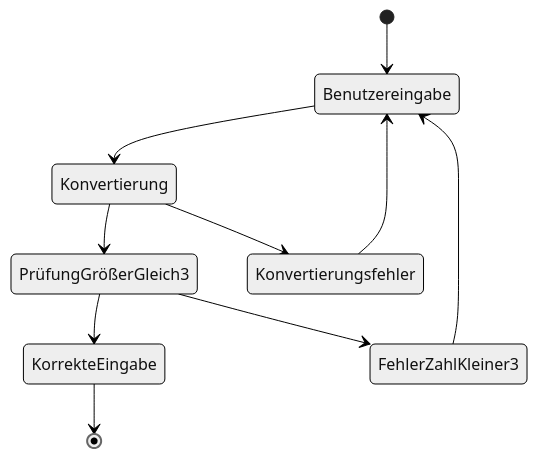
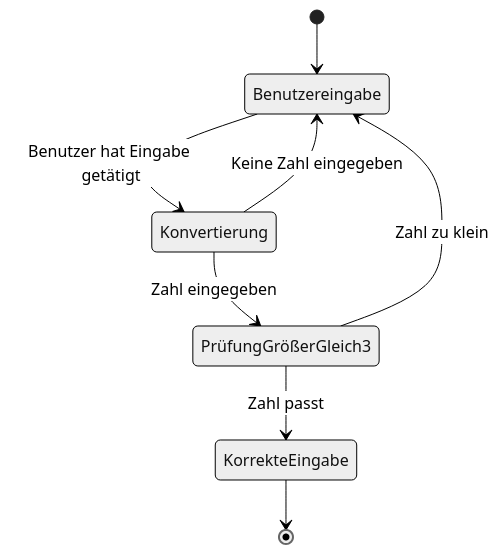
The diagram in VO-Teil-1/GrundkonzepteProgrammierung/Polygonix/README.md (clander/voprogrammieren), drawn with Mermaid (neutral theme) before and after one commit. The commit also changed other lines of this file and 4 other files, not shown here.

````diff
--- a/VO-Teil-1/GrundkonzepteProgrammierung/Polygonix/README.md
+++ b/VO-Teil-1/GrundkonzepteProgrammierung/Polygonix/README.md
@@ -488,12 +528,10 @@
 ```mermaid
 stateDiagram-v2
     [*] --> Benutzereingabe
-    Benutzereingabe --> Konvertierung
-    Konvertierung --> PrüfungGrößerGleich3
-    Konvertierung --> Konvertierungsfehler
-    Konvertierungsfehler --> Benutzereingabe
-    PrüfungGrößerGleich3 --> KorrekteEingabe
-    PrüfungGrößerGleich3 --> FehlerZahlKleiner3
-    FehlerZahlKleiner3 --> Benutzereingabe
+    Benutzereingabe --> Konvertierung : Benutzer hat Eingabe getätigt
+    Konvertierung --> PrüfungGrößerGleich3 : Zahl eingegeben
+    Konvertierung --> Benutzereingabe : Keine Zahl eingegeben
+    PrüfungGrößerGleich3 --> KorrekteEingabe : Zahl passt
+    PrüfungGrößerGleich3 --> Benutzereingabe: Zahl zu klein
     KorrekteEingabe --> [*]
 ```
````
